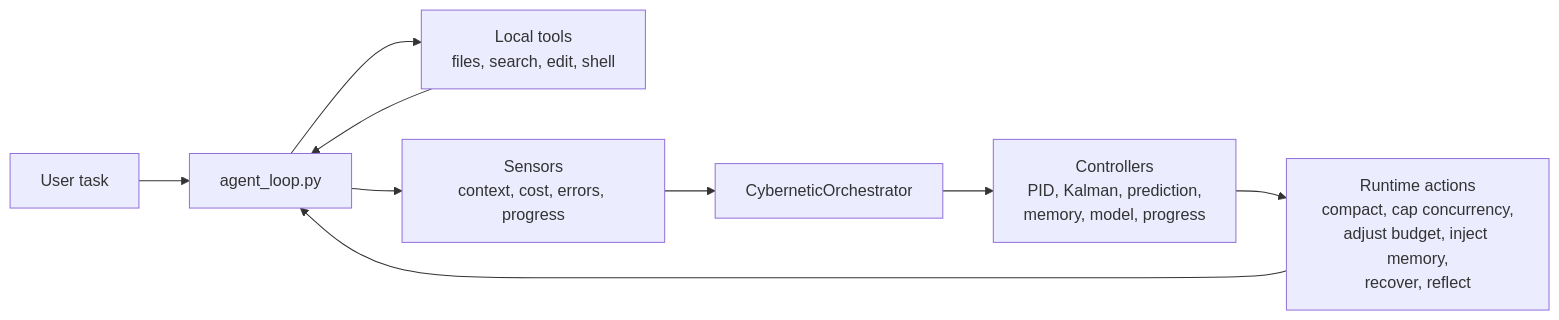
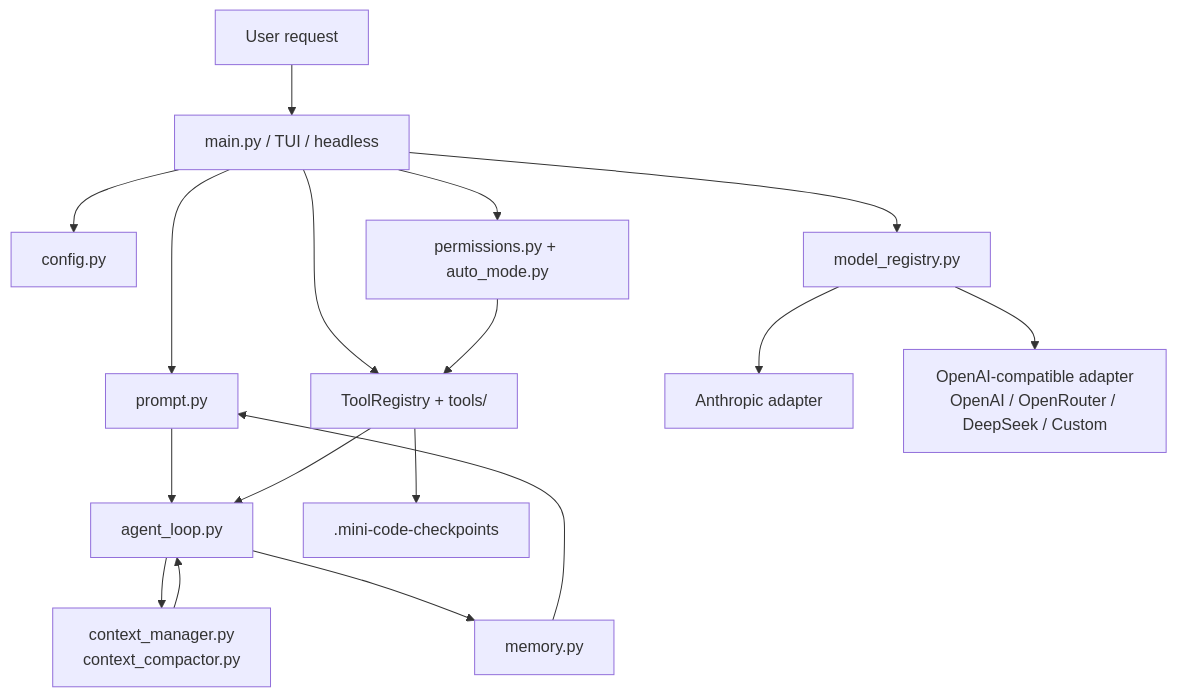
Before and after one commit to XuQuanxin04/MiniClaudeCode: the diagram in README.md, drawn with Mermaid. The commit also changed other lines of this file and 39 other files, not shown here.

Commit message:
feat: upgrade MiniCode agent workflow and docs

````diff
--- a/README.md
+++ b/README.md
@@ -58,12 +65,19 @@
 ```mermaid
-flowchart LR
-    User["User task"] --> Loop["agent_loop.py"]
-    Loop --> Tools["Local tools<br/>files, search, edit, shell"]
+flowchart TD
+    User["User request"] --> Entry["main.py / TUI / headless"]
+    Entry --> Config["config.py"]
+    Entry --> Prompt["prompt.py"]
+    Entry --> Permissions["permissions.py + auto_mode.py"]
+    Entry --> Tools["ToolRegistry + tools/"]
+    Entry --> Model["model_registry.py"]
+    Model --> Anthropic["Anthropic adapter"]
+    Model --> OpenAI["OpenAI-compatible adapter\nOpenAI / OpenRouter / DeepSeek / Custom"]
+    Prompt --> Loop["agent_loop.py"]
+    Permissions --> Tools
     Tools --> Loop
-
-    Loop --> Sensors["Sensors<br/>context, cost, errors, progress"]
-    Sensors --> Orchestrator["CyberneticOrchestrator"]
-    Orchestrator --> Control["Controllers<br/>PID, Kalman, prediction,<br/>memory, model, progress"]
-    Control --> Actions["Runtime actions<br/>compact, cap concurrency,<br/>adjust budget, inject memory,<br/>recover, reflect"]
-    Actions --> Loop
+    Loop --> Context["context_manager.py\ncontext_compactor.py"]
+    Loop --> Memory["memory.py"]
+    Context --> Loop
+    Memory --> Prompt
+    Tools --> Checkpoint[".mini-code-checkpoints"]
 ```
````
